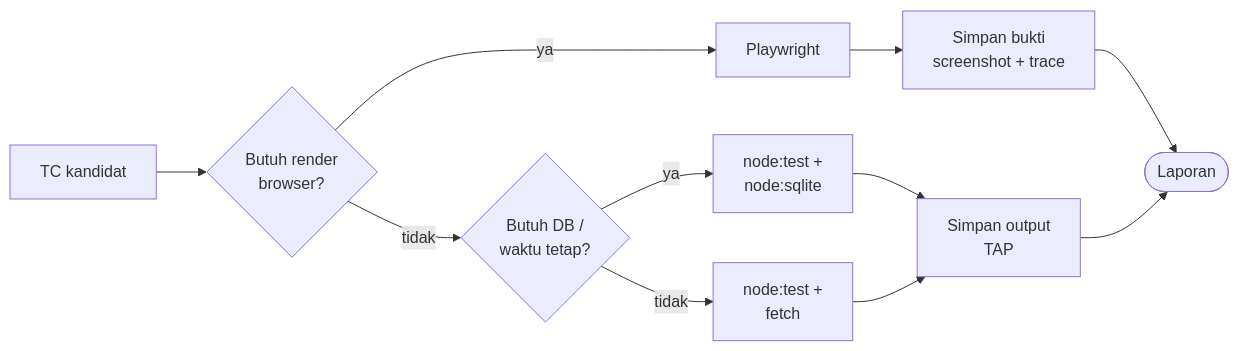
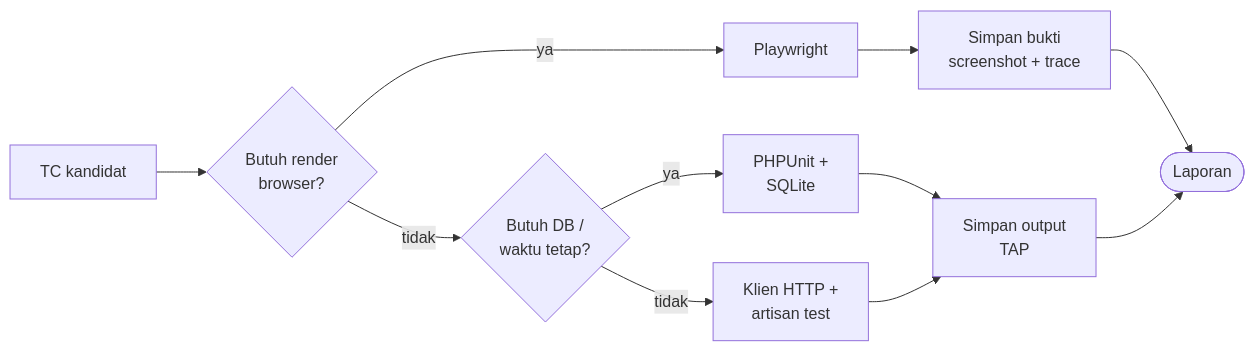
The first of 2 diagrams in docs/project-a/17-Test-Automation.md (faizmarwan2/Project1), drawn with Mermaid before and after one commit. The commit also changed other lines of this file and 20 other files, not shown here.

````diff
--- a/docs/project-a/17-Test-Automation.md
+++ b/docs/project-a/17-Test-Automation.md
@@ -90,13 +114,13 @@
 ```mermaid
 flowchart LR
     A["TC kandidat"] --> B{"Butuh render<br/>browser?"}
     B -- "ya" --> C["Playwright"]
     B -- "tidak" --> D{"Butuh DB /<br/>waktu tetap?"}
-    D -- "ya" --> E["node:test +<br/>node:sqlite"]
-    D -- "tidak" --> F["node:test +<br/>fetch"]
+    D -- "ya" --> E["PHPUnit +<br/>SQLite"]
+    D -- "tidak" --> F["Klien HTTP +<br/>artisan test"]
     C --> G["Simpan bukti<br/>screenshot + trace"]
     E --> H["Simpan output<br/>TAP"]
     F --> H
     G --> I(["Laporan"])
     H --> I
 ```
````
